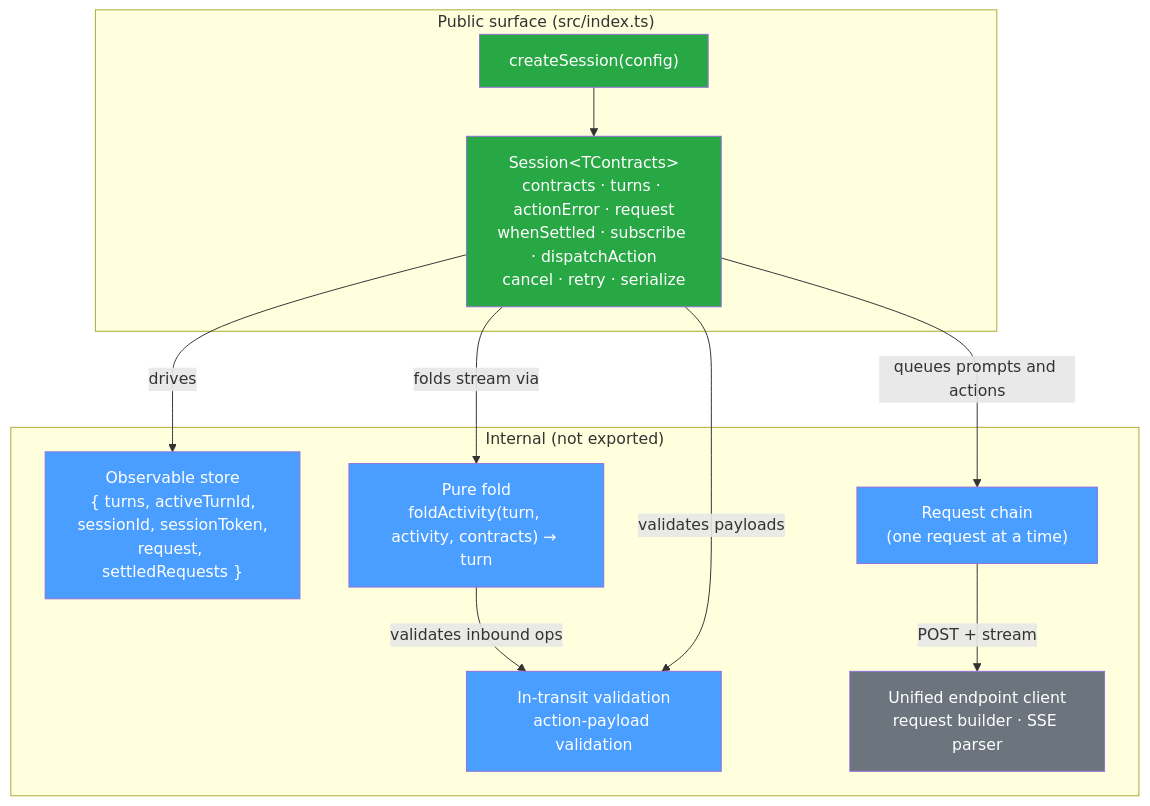
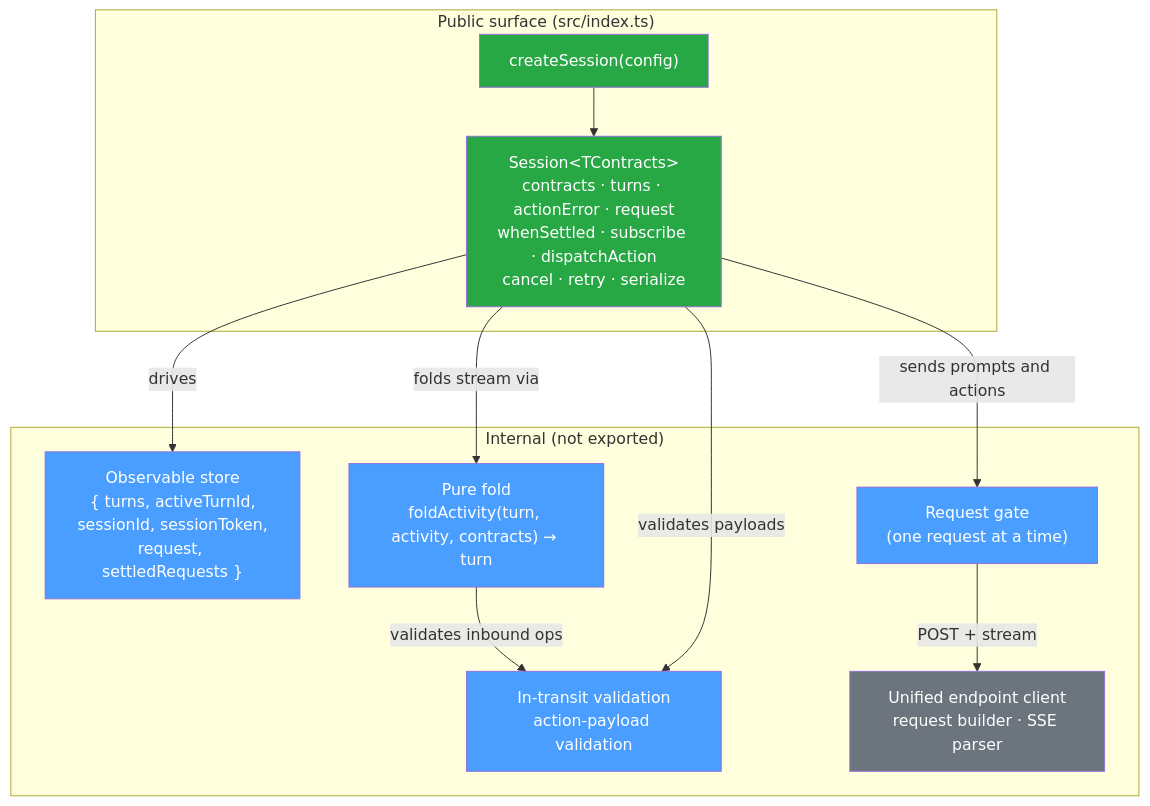
The first of 2 diagrams in packages/thermidor/docs/architecture.md (coveo/ui-kit), drawn with Mermaid before and after one commit. The commit also changed other lines of this file and 11 other files, not shown here.

````diff
--- a/packages/thermidor/docs/architecture.md
+++ b/packages/thermidor/docs/architecture.md
@@ -17,31 +17,31 @@
 ```mermaid
 graph TB
     subgraph "Public surface (src/index.ts)"
         CS["createSession(config)"]
         SESSION["Session&lt;TContracts&gt;<br/>contracts · turns · actionError · request<br/>whenSettled · subscribe · dispatchAction<br/>cancel · retry · serialize"]
     end
 
     subgraph "Internal (not exported)"
         STORE["Observable store<br/>{ turns, activeTurnId,<br/>sessionId, sessionToken,<br/>request, settledRequests }"]
         FOLD["Pure fold<br/>foldActivity(turn, activity, contracts) → turn"]
         VALID["In-transit validation<br/>action-payload validation"]
-        QUEUE["Request chain<br/>(one request at a time)"]
+        GATE["Request gate<br/>(one request at a time)"]
         API["Unified endpoint client<br/>request builder · SSE parser"]
     end
 
     CS --> SESSION
     SESSION -->|drives| STORE
     SESSION -->|folds stream via| FOLD
     FOLD -->|validates inbound ops| VALID
     SESSION -->|validates payloads| VALID
-    SESSION -->|queues prompts and actions| QUEUE
-    QUEUE -->|POST + stream| API
+    SESSION -->|sends prompts and actions| GATE
+    GATE -->|POST + stream| API
 
     style CS fill:#28a745,color:#fff
     style SESSION fill:#28a745,color:#fff
     style STORE fill:#4a9eff,color:#fff
     style FOLD fill:#4a9eff,color:#fff
     style VALID fill:#4a9eff,color:#fff
-    style QUEUE fill:#4a9eff,color:#fff
+    style GATE fill:#4a9eff,color:#fff
     style API fill:#6c757d,color:#fff
 ```
````
